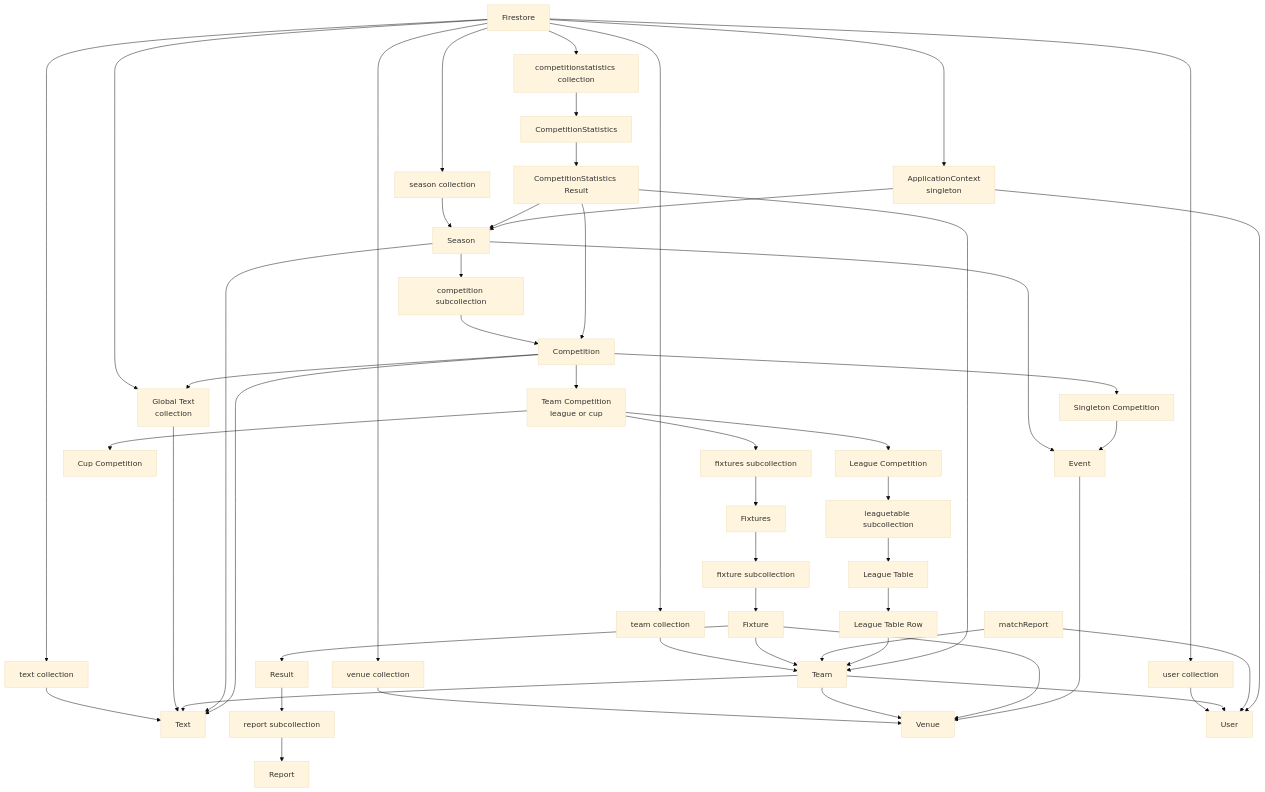
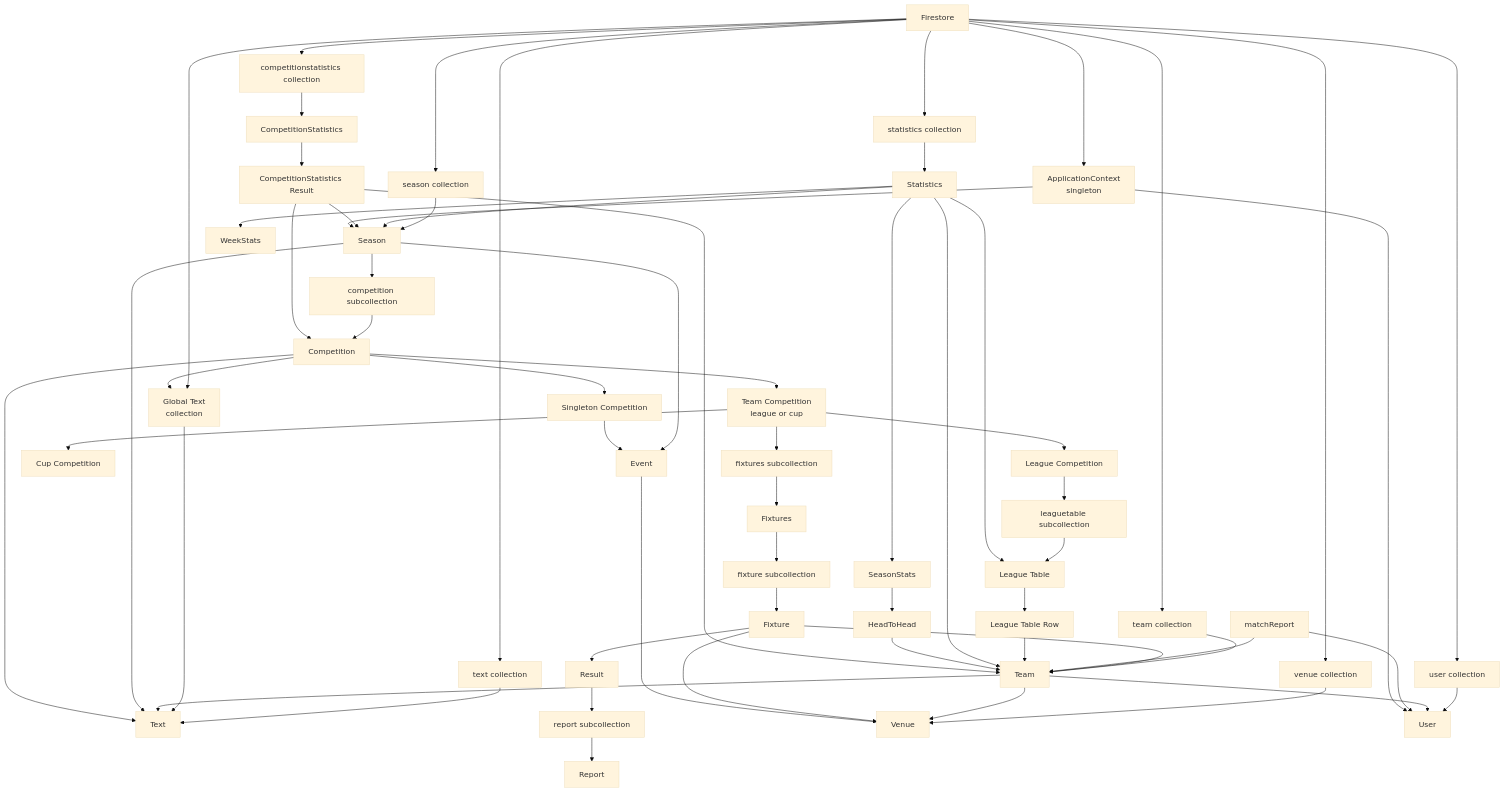
One commit to gumdrop/vue3-monorepo changed the diagram in data-model.md. Above: the diagram before and after it, drawn with Mermaid (base theme). The commit also changed other lines of this file, not shown here.

Commit message:
docs: document statistics data model

```diff
--- a/data-model.md
+++ b/data-model.md
@@ -41,6 +41,11 @@
   venue["Venue"]
   userCollection["user collection"]
   user["User"]
+  statisticsCollection["statistics collection"]
+  statistics["Statistics"]
+  seasonStats["SeasonStats"]
+  headToHead["HeadToHead"]
+  weekStats["WeekStats"]
   competitionStatisticsCollection["competitionstatistics collection"]
   competitionStatistics["CompetitionStatistics"]
   competitionStatisticsResult["CompetitionStatistics Result"]
@@ -77,6 +82,11 @@
   venueCollection --> venue
   firestore --> userCollection
   userCollection --> user
+  firestore --> statisticsCollection
+  statisticsCollection --> statistics
+  statistics --> seasonStats
+  seasonStats --> headToHead
+  statistics --> weekStats
   firestore --> competitionStatisticsCollection
   competitionStatisticsCollection --> competitionStatistics
   competitionStatistics --> competitionStatisticsResult
@@ -92,6 +102,10 @@
   matchReport --> team
   event --> venue
   leagueTableRow --> team
+  statistics --> team
+  statistics --> season
+  statistics --> leagueTable
+  headToHead --> team
   competitionStatisticsResult --> competition
   competitionStatisticsResult --> season
   competitionStatisticsResult --> team
```
